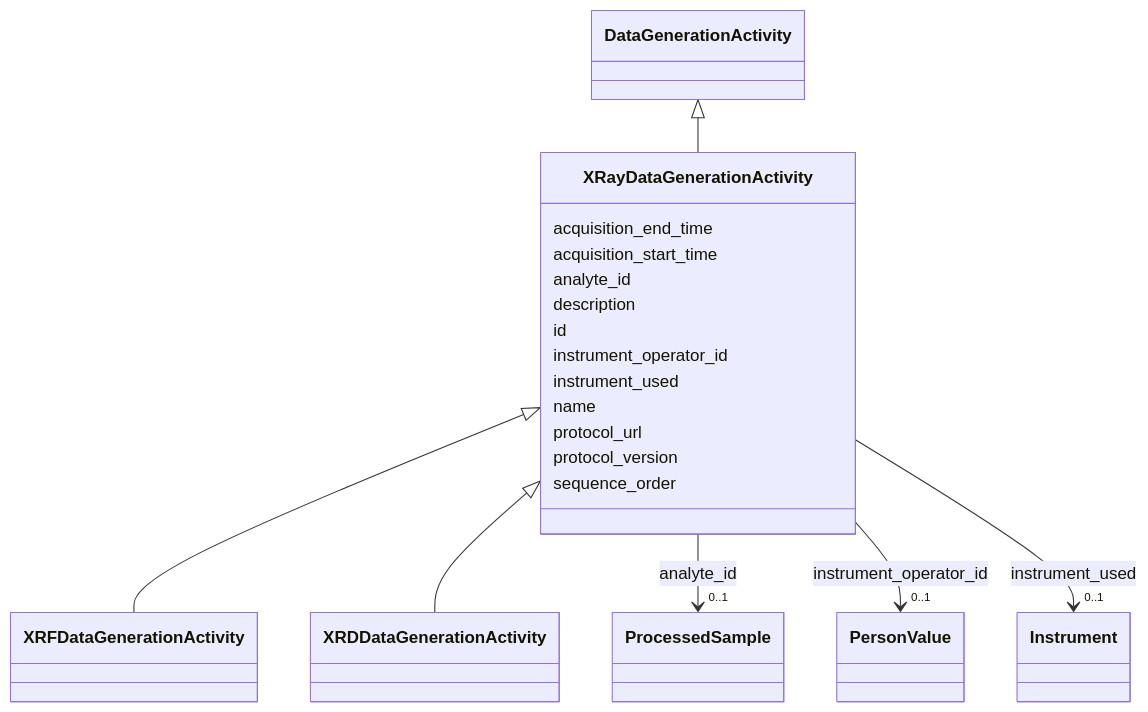
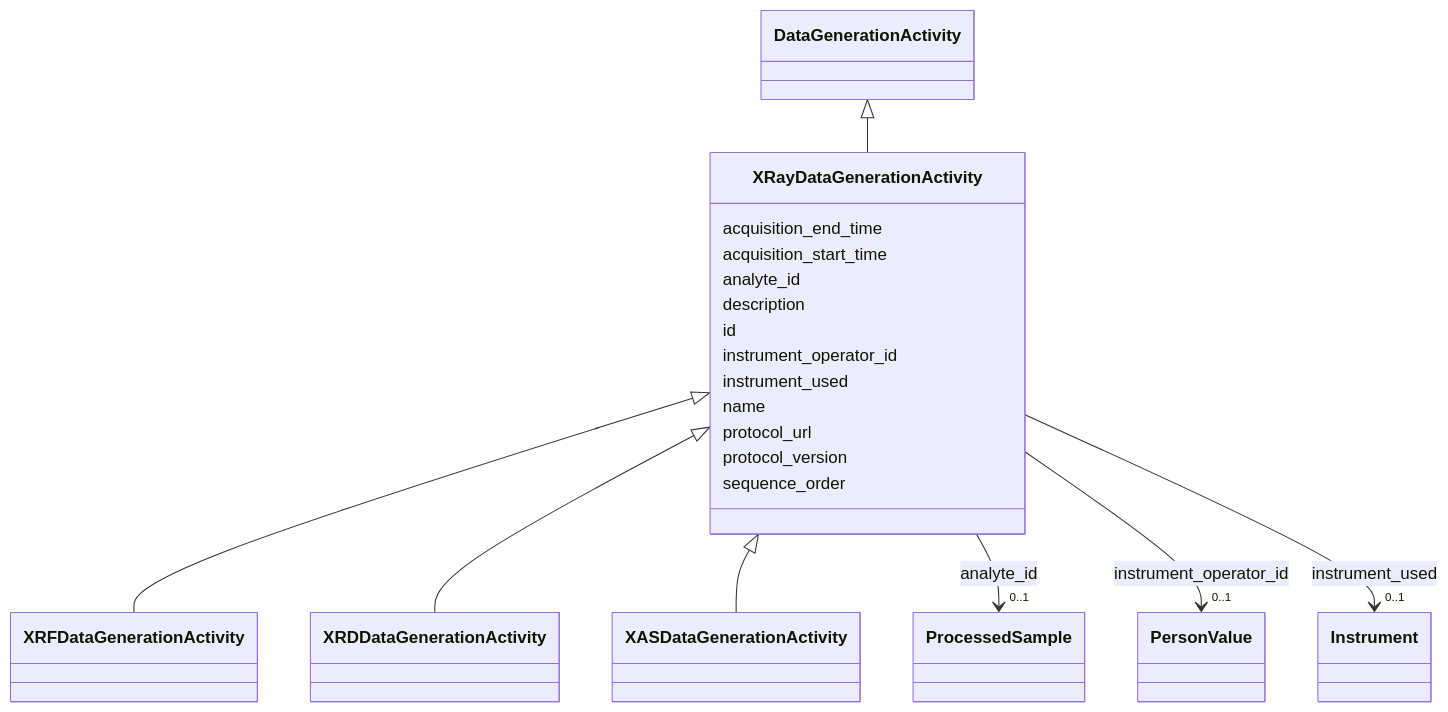
Before and after one commit to EMSL-Computing/BASALT-Schema: the diagram in docs/elements/XRayDataGenerationActivity.md, drawn with Mermaid. The commit also changed other lines of this file and 339 other files, not shown here.

````diff
--- a/docs/elements/XRayDataGenerationActivity.md
+++ b/docs/elements/XRayDataGenerationActivity.md
@@ -40,65 +46,67 @@
 ```mermaid
  classDiagram
     class XRayDataGenerationActivity
     click XRayDataGenerationActivity href "../XRayDataGenerationActivity/"
       DataGenerationActivity <|-- XRayDataGenerationActivity
         click DataGenerationActivity href "../DataGenerationActivity/"
       
 
       XRayDataGenerationActivity <|-- XRFDataGenerationActivity
         click XRFDataGenerationActivity href "../XRFDataGenerationActivity/"
       XRayDataGenerationActivity <|-- XRDDataGenerationActivity
         click XRDDataGenerationActivity href "../XRDDataGenerationActivity/"
+      XRayDataGenerationActivity <|-- XASDataGenerationActivity
+        click XASDataGenerationActivity href "../XASDataGenerationActivity/"
       
 
       XRayDataGenerationActivity : acquisition_end_time
         
       XRayDataGenerationActivity : acquisition_start_time
         
       XRayDataGenerationActivity : analyte_id
         
           
     
         
         
         XRayDataGenerationActivity --> "0..1" ProcessedSample : analyte_id
         click ProcessedSample href "../ProcessedSample/"
     
 
         
       XRayDataGenerationActivity : description
         
       XRayDataGenerationActivity : id
         
       XRayDataGenerationActivity : instrument_operator_id
         
           
     
         
         
         XRayDataGenerationActivity --> "0..1" PersonValue : instrument_operator_id
         click PersonValue href "../PersonValue/"
     
 
         
       XRayDataGenerationActivity : instrument_used
         
           
     
         
         
         XRayDataGenerationActivity --> "0..1" Instrument : instrument_used
         click Instrument href "../Instrument/"
     
 
         
       XRayDataGenerationActivity : name
         
       XRayDataGenerationActivity : protocol_url
         
       XRayDataGenerationActivity : protocol_version
         
       XRayDataGenerationActivity : sequence_order
         
       
 ```
````
